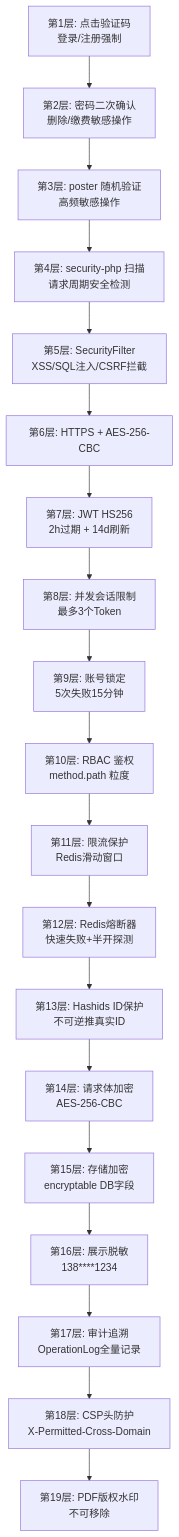
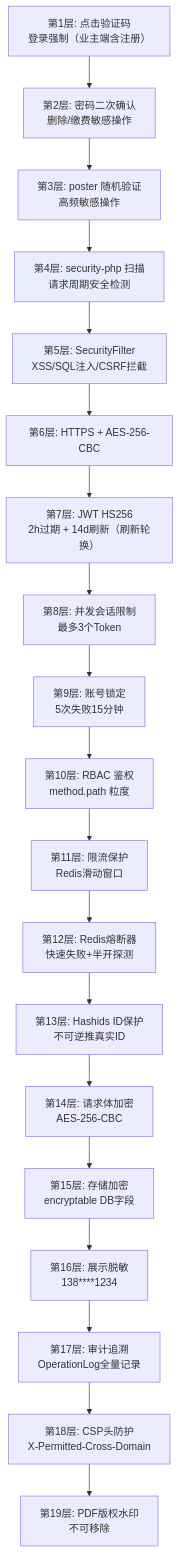
The tenth of 10 diagrams in docs/ARCHITECTURE.md (erikwang2013/property-management-platform), drawn with Mermaid before and after one commit. The commit also changed other lines of this file and 131 other files, not shown here.

````diff
--- a/docs/ARCHITECTURE.md
+++ b/docs/ARCHITECTURE.md
@@ -390,22 +391,22 @@
 ```mermaid
 flowchart TB
-    L1["第1层: 点击验证码<br/>登录/注册强制"] --> L2
+    L1["第1层: 点击验证码<br/>登录强制（业主端含注册）"] --> L2
     L2["第2层: 密码二次确认<br/>删除/缴费敏感操作"] --> L3
     L3["第3层: poster 随机验证<br/>高频敏感操作"] --> L4
     L4["第4层: security-php 扫描<br/>请求周期安全检测"] --> L5
     L5["第5层: SecurityFilter<br/>XSS/SQL注入/CSRF拦截"] --> L6
     L6["第6层: HTTPS + AES-256-CBC"] --> L7
-    L7["第7层: JWT HS256<br/>2h过期 + 14d刷新"] --> L8
+    L7["第7层: JWT HS256<br/>2h过期 + 14d刷新（刷新轮换）"] --> L8
     L8["第8层: 并发会话限制<br/>最多3个Token"] --> L9
     L9["第9层: 账号锁定<br/>5次失败15分钟"] --> L10
     L10["第10层: RBAC 鉴权<br/>method.path 粒度"] --> L11
     L11["第11层: 限流保护<br/>Redis滑动窗口"] --> L12
     L12["第12层: Redis熔断器<br/>快速失败+半开探测"] --> L13
     L13["第13层: Hashids ID保护<br/>不可逆推真实ID"] --> L14
     L14["第14层: 请求体加密<br/>AES-256-CBC"] --> L15
     L15["第15层: 存储加密<br/>encryptable DB字段"] --> L16
     L16["第16层: 展示脱敏<br/>138****1234"] --> L17
     L17["第17层: 审计追溯<br/>OperationLog全量记录"] --> L18
     L18["第18层: CSP头防护<br/>X-Permitted-Cross-Domain"] --> L19
     L19["第19层: PDF版权水印<br/>不可移除"]
 ```
````
